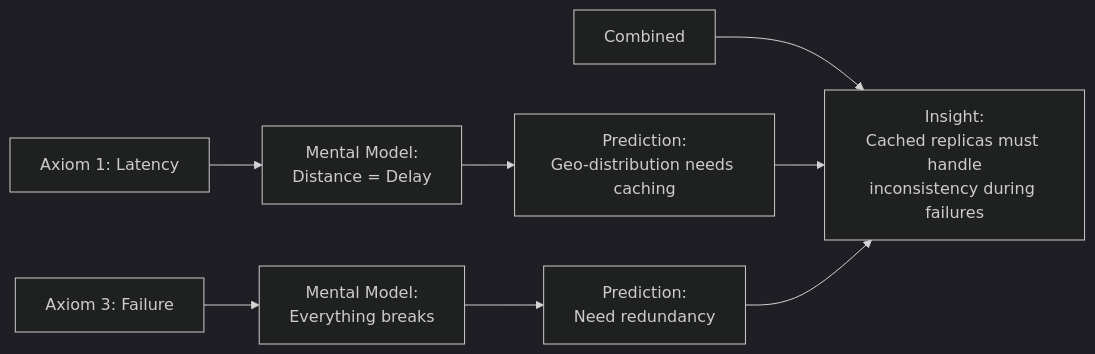
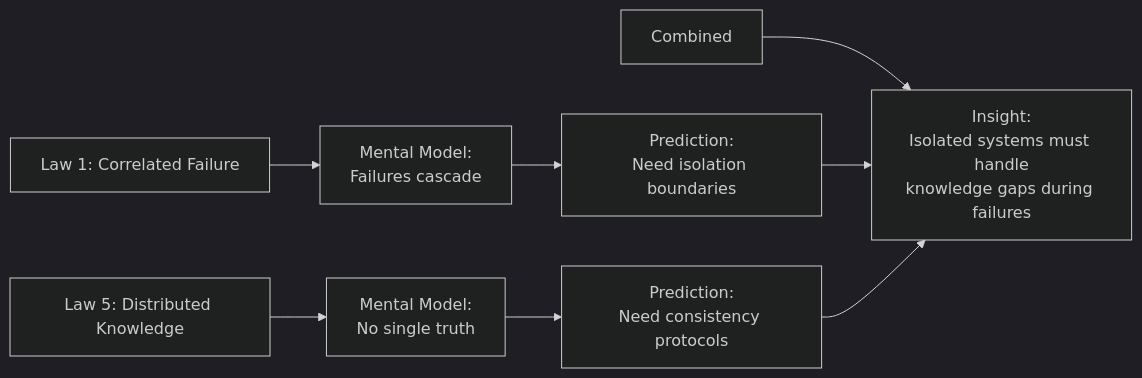
One commit to deepaucksharma/DStudio changed the fourth of 4 diagrams in docs/introduction/philosophy.md. Above: the diagram before and after it, drawn with Mermaid (dark theme). The commit also changed other lines of this file and 103 other files, not shown here.

````diff
--- a/docs/introduction/philosophy.md
+++ b/docs/introduction/philosophy.md
@@ -211,13 +211,13 @@
 ```mermaid
 graph LR
-    A[Axiom 1: Latency] --> B[Mental Model:<br/>Distance = Delay]
-    B --> C[Prediction:<br/>Geo-distribution needs caching]
+    A[Law 1: Correlated Failure] --> B[Mental Model:<br/>Failures cascade]
+    B --> C[Prediction:<br/>Need isolation boundaries]
 
-    D[Axiom 3: Failure] --> E[Mental Model:<br/>Everything breaks]
-    E --> F[Prediction:<br/>Need redundancy]
+    D[Law 5: Distributed Knowledge] --> E[Mental Model:<br/>No single truth]
+    E --> F[Prediction:<br/>Need consistency protocols]
 
-    G[Combined] --> H[Insight:<br/>Cached replicas must handle<br/>inconsistency during failures]
+    G[Combined] --> H[Insight:<br/>Isolated systems must handle<br/>knowledge gaps during failures]
 
     C --> H
     F --> H
 ```
````
